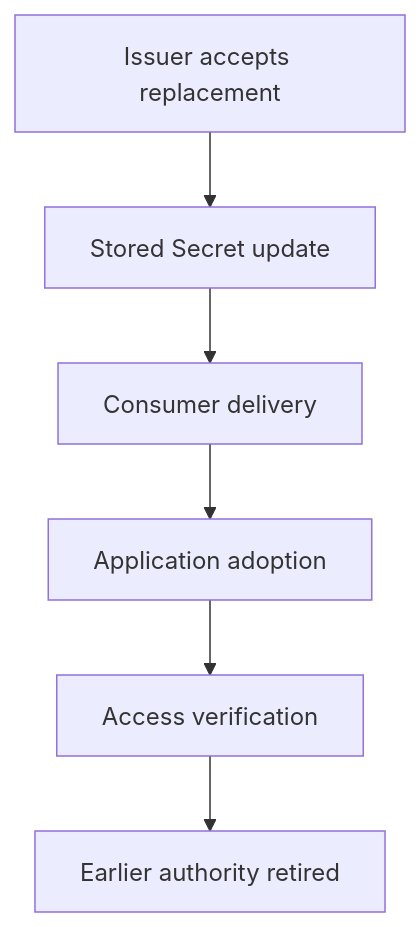
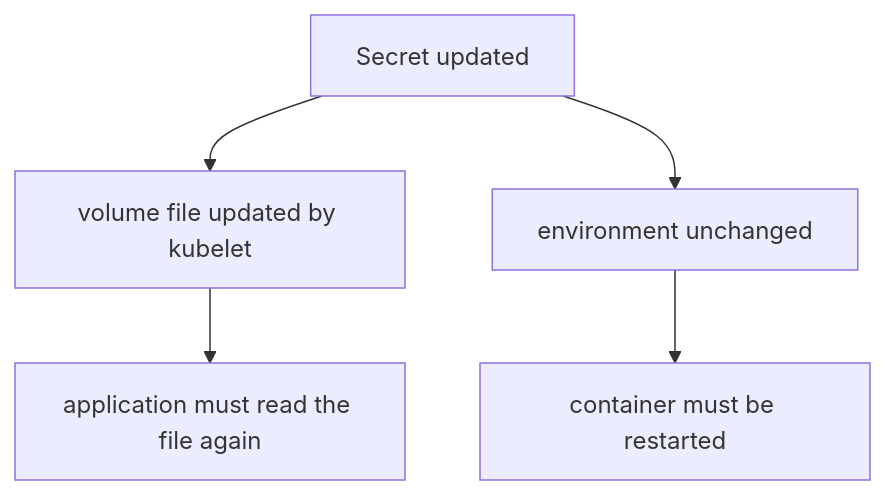
The diagram in sections/section-020/module-01/course-02-secret-storage-delivery-and-rotation.md (astrona-io/ATS024), drawn with Mermaid before and after one commit. The commit also changed other lines of this file and 600 other files, not shown here.

````diff
--- a/sections/section-020/module-01/course-02-secret-storage-delivery-and-rotation.md
+++ b/sections/section-020/module-01/course-02-secret-storage-delivery-and-rotation.md
@@ -54,8 +108,7 @@
 ```mermaid
 flowchart TB
-    I["Issuer accepts replacement"] --> S["Stored Secret update"]
-    S --> D["Consumer delivery"]
-    D --> A["Application adoption"]
-    A --> V["Access verification"]
-    V --> R["Earlier authority retired"]
+    S["Secret updated"] --> V["volume file updated by kubelet"]
+    S --> E["environment unchanged"]
+    V --> R["application must read the file again"]
+    E --> X["container must be restarted"]
 ```
````
